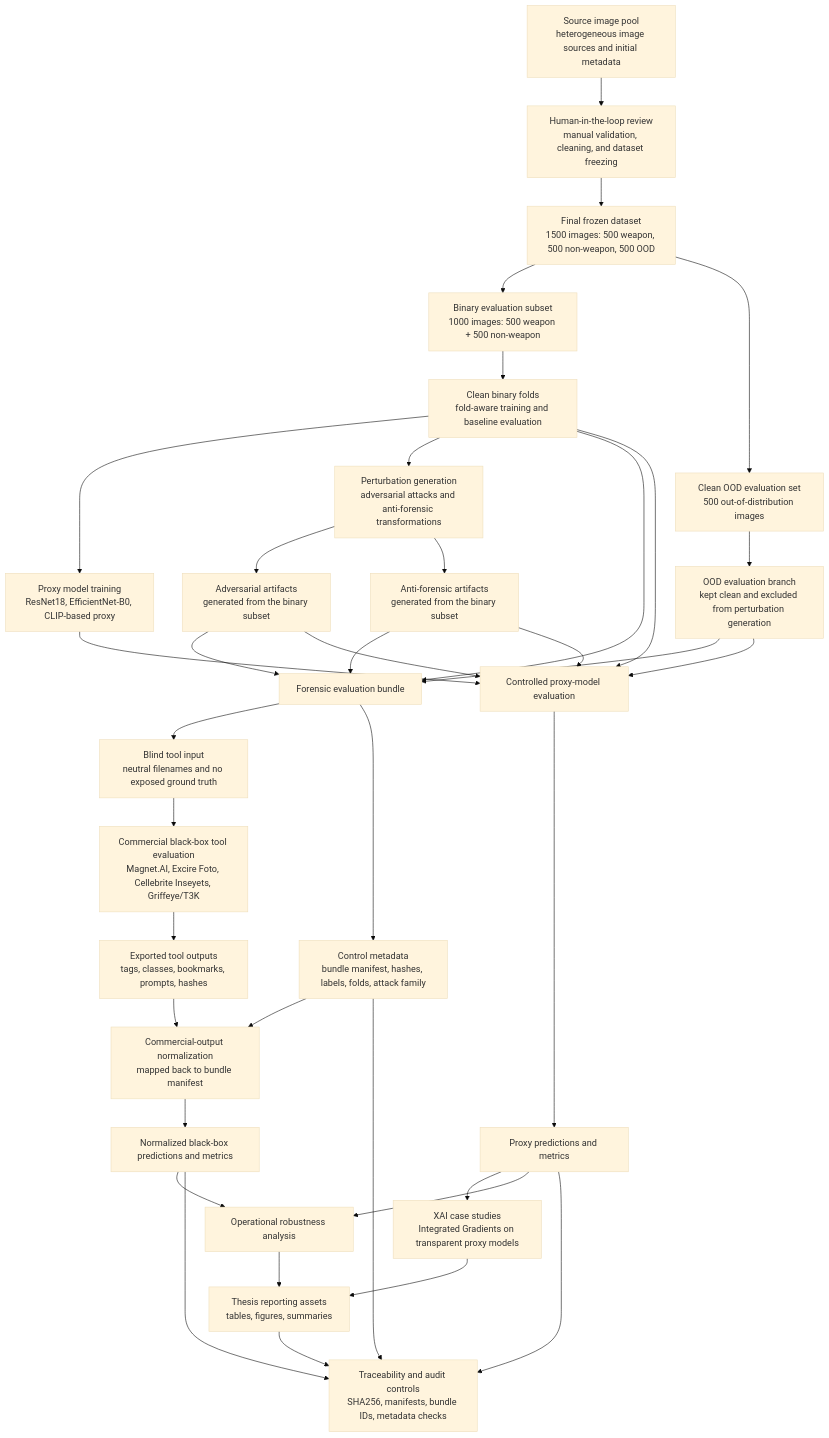
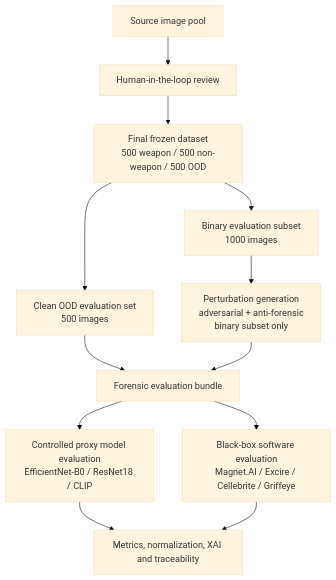
The diagram in README.md (lmolinario/msc-thesis-ai-robustness-in-digital-forensics), drawn with Mermaid (base theme) before and after one commit.

````diff
--- a/README.md
+++ b/README.md
@@ -61,55 +61,29 @@
 ```mermaid
 flowchart TD
-    A[Source image pool<br/>heterogeneous image sources and initial metadata]
-    B[Human-in-the-loop review<br/>manual validation, cleaning, and dataset freezing]
-    C[Final frozen dataset<br/>1500 images: 500 weapon, 500 non-weapon, 500 OOD]
+    A[Source image pool]
+    B[Human-in-the-loop review]
+    C[Final frozen dataset<br/>500 weapon / 500 non-weapon / 500 OOD]
+
+    D[Binary evaluation subset<br/>1000 images]
+    E[Clean OOD evaluation set<br/>500 images]
+
+    F[Perturbation generation<br/>adversarial + anti-forensic<br/>binary subset only]
+
+    G[Forensic evaluation bundle]
+
+    H[Controlled proxy model evaluation<br/>EfficientNet-B0 / ResNet18 / CLIP]
+    I[Black-box software evaluation<br/>Magnet.AI / Excire / Cellebrite / Griffeye]
+
+    J[Metrics, normalization, XAI and traceability]
 
     A --> B --> C
-
-    C --> D[Binary evaluation subset<br/>1000 images: 500 weapon + 500 non-weapon]
-    C --> E[Clean OOD evaluation set<br/>500 out-of-distribution images]
-
-    D --> F[Clean binary folds<br/>fold-aware training and baseline evaluation]
-    E --> G[OOD evaluation branch<br/>kept clean and excluded from perturbation generation]
-
-    F --> H[Proxy model training<br/>ResNet18, EfficientNet-B0, CLIP-based proxy]
-    F --> I[Perturbation generation<br/>adversarial attacks and anti-forensic transformations]
-
-    I --> J[Adversarial artifacts<br/>generated from the binary subset]
-    I --> K[Anti-forensic artifacts<br/>generated from the binary subset]
-
-    F --> L[Forensic evaluation bundle]
-    G --> L
-    J --> L
-    K --> L
-
-    L --> M[Blind tool input<br/>neutral filenames and no exposed ground truth]
-    L --> N[Control metadata<br/>bundle manifest, hashes, labels, folds, attack family]
-
-    F --> O[Controlled proxy-model evaluation]
-    G --> O
-    J --> O
-    K --> O
-    H --> O
-
-    M --> P[Commercial black-box tool evaluation<br/>Magnet.AI, Excire Foto, Cellebrite Inseyets, Griffeye/T3K]
-    P --> Q[Exported tool outputs<br/>tags, classes, bookmarks, prompts, hashes]
-
-    Q --> R[Commercial-output normalization<br/>mapped back to bundle manifest]
-    N --> R
-
-    O --> S[Proxy predictions and metrics]
-    R --> T[Normalized black-box predictions and metrics]
-
-    S --> U[XAI case studies<br/>Integrated Gradients on transparent proxy models]
-    S --> V[Operational robustness analysis]
-    T --> V
-
-    V --> W[Thesis reporting assets<br/>tables, figures, summaries]
-    U --> W
-
-    N --> X[Traceability and audit controls<br/>SHA256, manifests, bundle IDs, metadata checks]
-    S --> X
-    T --> X
-    W --> X
+    C --> D
+    C --> E
+    D --> F
+    E --> G
+    F --> G
+    G --> H
+    G --> I
+    H --> J
+    I --> J
 ```
````
